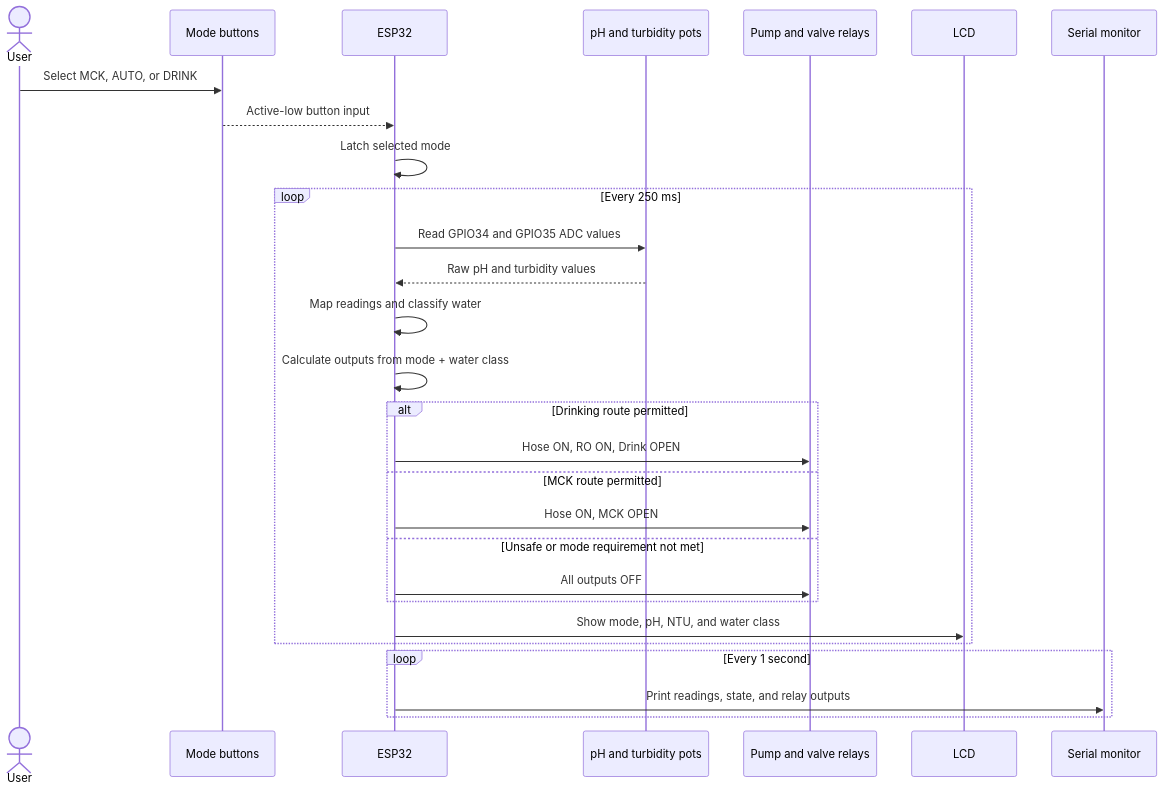
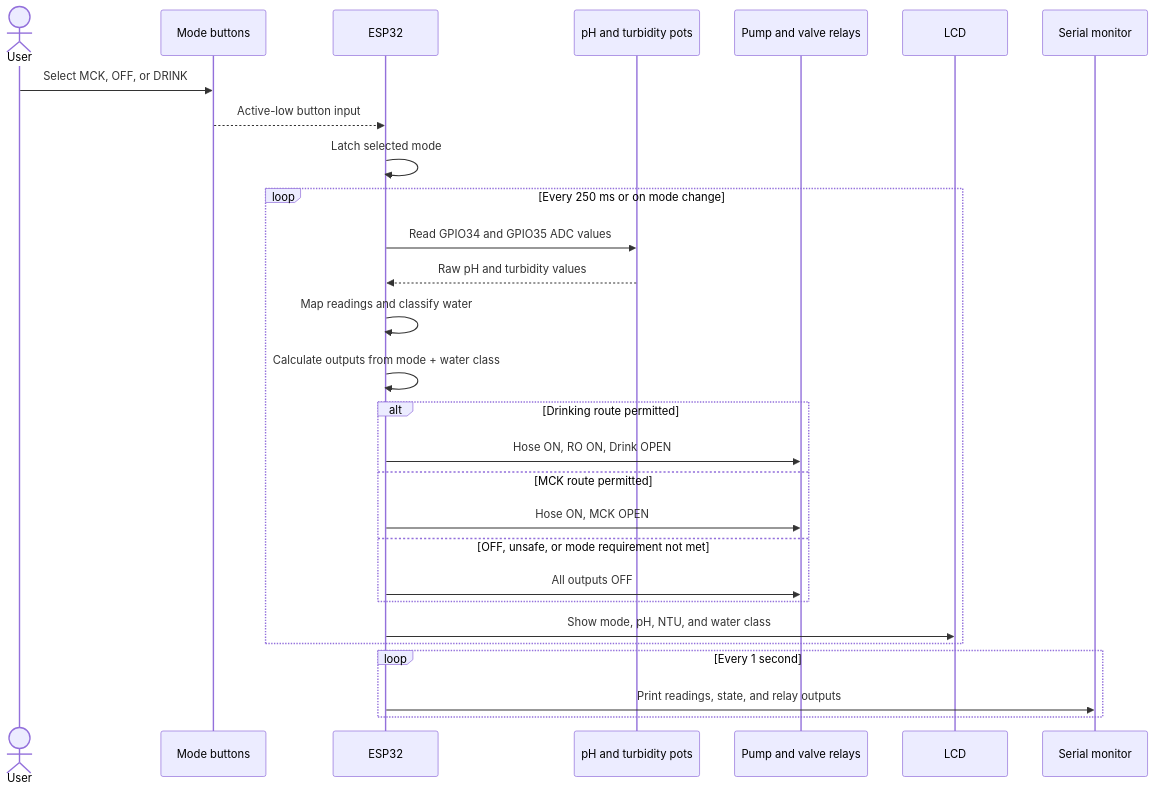
One commit to AlexanderChristhian/O.A.S.I.S changed the second of 2 diagrams in O.A.S.I.S/README.md. Above: the diagram before and after it, drawn with Mermaid. The commit also changed other lines of this file and 3 other files, not shown here.

````diff
--- a/O.A.S.I.S/README.md
+++ b/O.A.S.I.S/README.md
@@ -68,35 +94,35 @@
 ```mermaid
 sequenceDiagram
     actor User
     participant Buttons as Mode buttons
     participant ESP32
     participant Sensors as pH and turbidity pots
     participant Relays as Pump and valve relays
     participant LCD
     participant Serial as Serial monitor
 
-    User->>Buttons: Select MCK, AUTO, or DRINK
+    User->>Buttons: Select MCK, OFF, or DRINK
     Buttons-->>ESP32: Active-low button input
     ESP32->>ESP32: Latch selected mode
 
-    loop Every 250 ms
+    loop Every 250 ms or on mode change
         ESP32->>Sensors: Read GPIO34 and GPIO35 ADC values
         Sensors-->>ESP32: Raw pH and turbidity values
         ESP32->>ESP32: Map readings and classify water
         ESP32->>ESP32: Calculate outputs from mode + water class
 
         alt Drinking route permitted
             ESP32->>Relays: Hose ON, RO ON, Drink OPEN
         else MCK route permitted
             ESP32->>Relays: Hose ON, MCK OPEN
-        else Unsafe or mode requirement not met
+        else OFF, unsafe, or mode requirement not met
             ESP32->>Relays: All outputs OFF
         end
 
         ESP32->>LCD: Show mode, pH, NTU, and water class
     end
 
     loop Every 1 second
         ESP32->>Serial: Print readings, state, and relay outputs
     end
 ```
````
